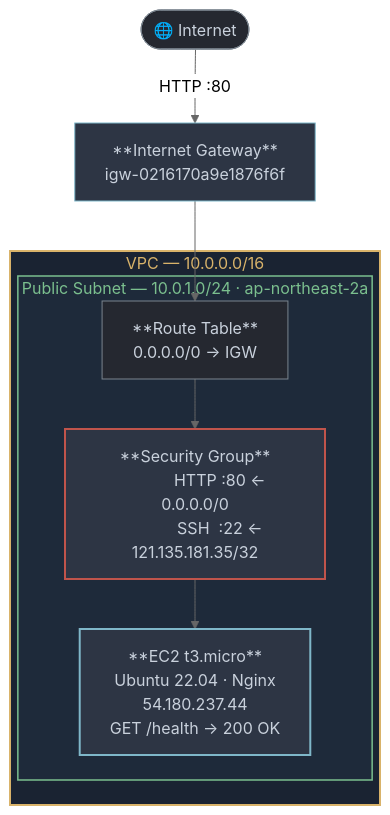
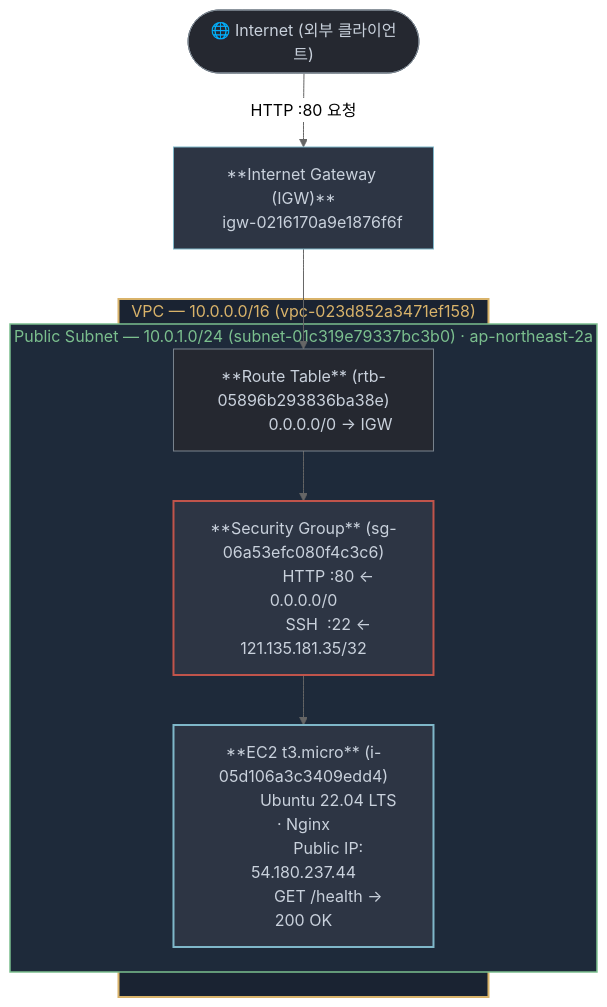
The diagram in README.md (nttkor/b3_1), drawn with Mermaid (neutral theme) before and after one commit. The commit also changed other lines of this file and 3 other files, not shown here.

````diff
--- a/README.md
+++ b/README.md
@@ -18,34 +53,34 @@
 ```mermaid
 flowchart TD
-    Internet(["🌐 Internet"])
+    Internet(["🌐 Internet (외부 클라이언트)"])
 
-    IGW["**Internet Gateway**
+    IGW["**Internet Gateway (IGW)**
     igw-0216170a9e1876f6f"]
 
-    subgraph VPC["VPC — 10.0.0.0/16"]
-        subgraph Subnet["Public Subnet — 10.0.1.0/24  ·  ap-northeast-2a"]
-            RT["**Route Table**
+    subgraph VPC["VPC — 10.0.0.0/16 (vpc-023d852a3471ef158)"]
+        subgraph Subnet["Public Subnet — 10.0.1.0/24 (subnet-01c319e79337bc3b0) · ap-northeast-2a"]
+            RT["**Route Table** (rtb-05896b293836ba38e)
             0.0.0.0/0 → IGW"]
-            SG["**Security Group**
+            SG["**Security Group** (sg-06a53efc080f4c3c6)
             HTTP :80 ← 0.0.0.0/0
             SSH  :22 ← 121.135.181.35/32"]
-            EC2["**EC2  t3.micro**
-            Ubuntu 22.04  ·  Nginx
-            54.180.237.44
+            EC2["**EC2 t3.micro** (i-05d106a3c3409edd4)
+            Ubuntu 22.04 LTS · Nginx
+            Public IP: 54.180.237.44
             GET /health → 200 OK"]
         end
     end
 
-    Internet -->|"HTTP :80"| IGW
+    Internet -->|"HTTP :80 요청"| IGW
     IGW --> RT
     RT --> SG
     SG --> EC2
 
-    style VPC    fill:#1a2332,stroke:#D9B36A,stroke-width:2px,color:#D9B36A
+    style VPC fill:#1a2332,stroke:#D9B36A,stroke-width:2px,color:#D9B36A
     style Subnet fill:#1e2a3a,stroke:#7BBF8E,stroke-width:1.5px,color:#7BBF8E
-    style IGW    fill:#2D3544,stroke:#7FB7C9,color:#C9D1DC
-    style RT     fill:#252830,stroke:#7A848E,color:#C9D1DC
-    style SG     fill:#2D3544,stroke:#C0544B,stroke-width:2px,color:#C9D1DC
-    style EC2    fill:#2D3544,stroke:#7FB7C9,stroke-width:2px,color:#C9D1DC
+    style IGW fill:#2D3544,stroke:#7FB7C9,color:#C9D1DC
+    style RT fill:#252830,stroke:#7A848E,color:#C9D1DC
+    style SG fill:#2D3544,stroke:#C0544B,stroke-width:2px,color:#C9D1DC
+    style EC2 fill:#2D3544,stroke:#7FB7C9,stroke-width:2px,color:#C9D1DC
     style Internet fill:#252830,stroke:#7A848E,color:#C9D1DC
 ```
````
